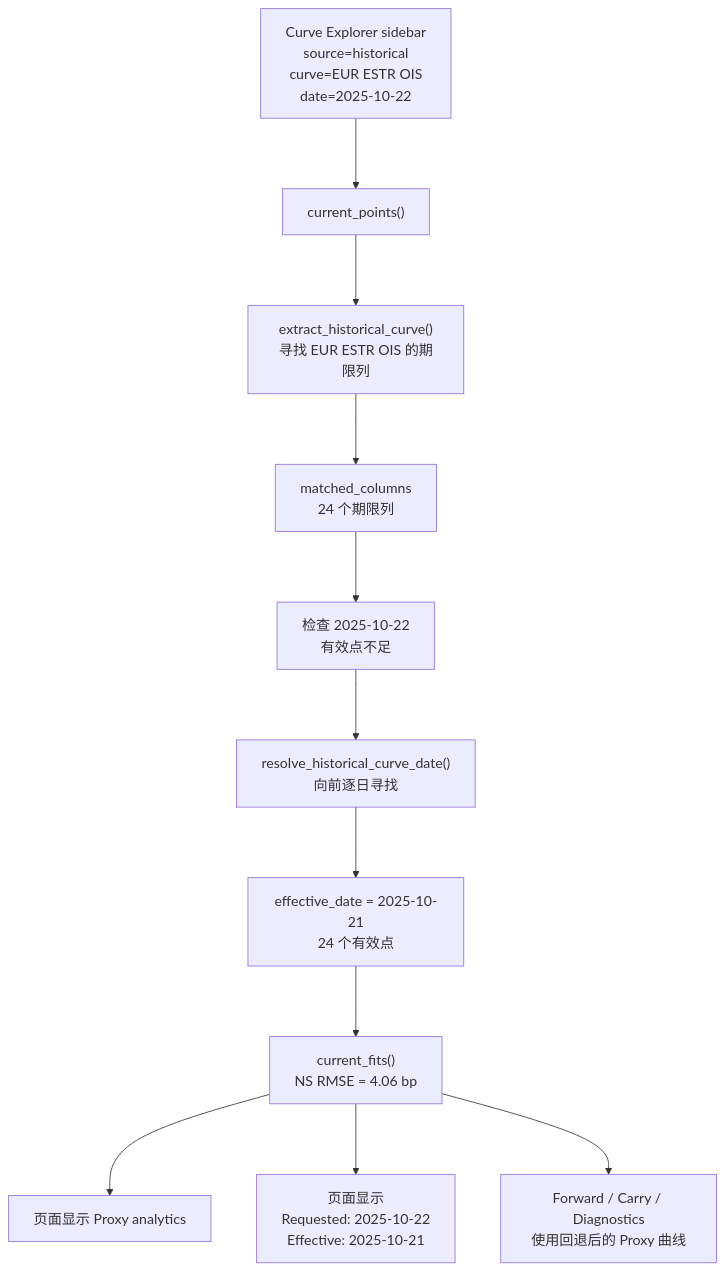
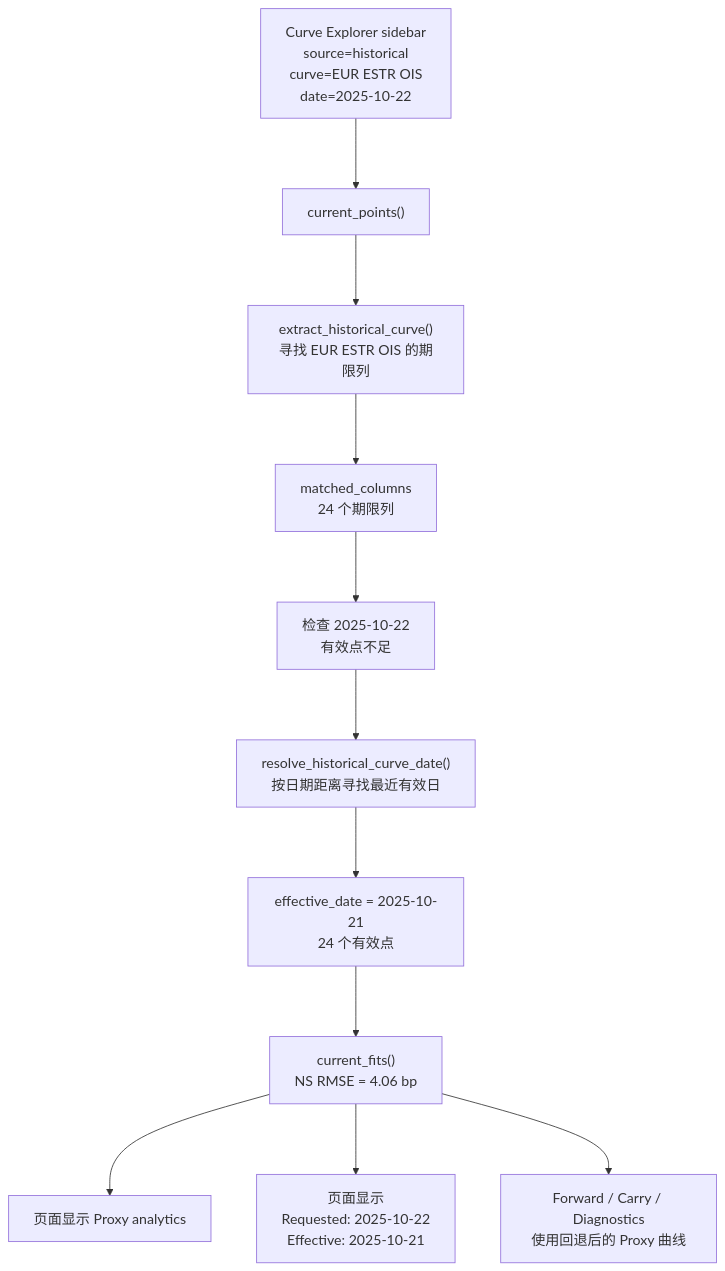
Before and after one commit to ShuaihaoCoder/R_git: the seventh of 17 diagrams in YieldCurve_Shiny/CODE_GUIDE.md, drawn with Mermaid. The commit also changed other lines of this file and 16 other files, not shown here.

````diff
--- a/YieldCurve_Shiny/CODE_GUIDE.md
+++ b/YieldCurve_Shiny/CODE_GUIDE.md
@@ -296,20 +296,20 @@
 ```mermaid
 %%{init: {'flowchart': {'nodeSpacing': 55, 'rankSpacing': 85}, 'themeVariables': {'fontSize': '17px'}}}%%
 flowchart TB
     Sidebar["Curve Explorer sidebar<br/>source=historical<br/>curve=EUR ESTR OIS<br/>date=2025-10-22"]
     Current["current_points()"]
     Extract["extract_historical_curve()<br/>寻找 EUR ESTR OIS 的期限列"]
     Columns["matched_columns<br/>24 个期限列"]
     Requested["检查 2025-10-22<br/>有效点不足"]
-    Resolve["resolve_historical_curve_date()<br/>向前逐日寻找"]
+    Resolve["resolve_historical_curve_date()<br/>按日期距离寻找最近有效日"]
     Effective["effective_date = 2025-10-21<br/>24 个有效点"]
     Fits["current_fits()<br/>NS RMSE = 4.06 bp"]
     Banner["页面显示 Proxy analytics"]
     DateText["页面显示<br/>Requested: 2025-10-22<br/>Effective: 2025-10-21"]
     Shared["Forward / Carry / Diagnostics<br/>使用回退后的 Proxy 曲线"]
 
     Sidebar --> Current --> Extract --> Columns --> Requested --> Resolve --> Effective --> Fits
     Fits --> Banner
     Fits --> DateText
     Fits --> Shared
 ```
````
